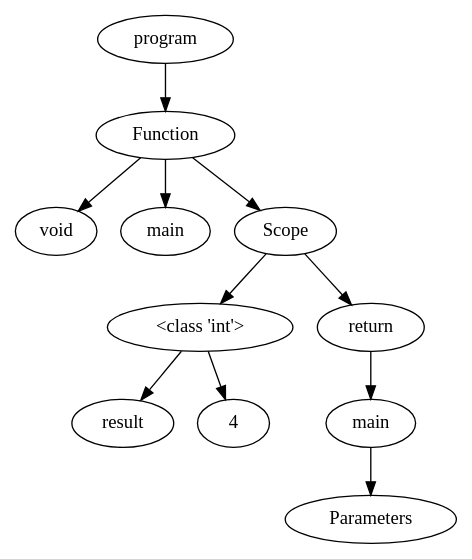
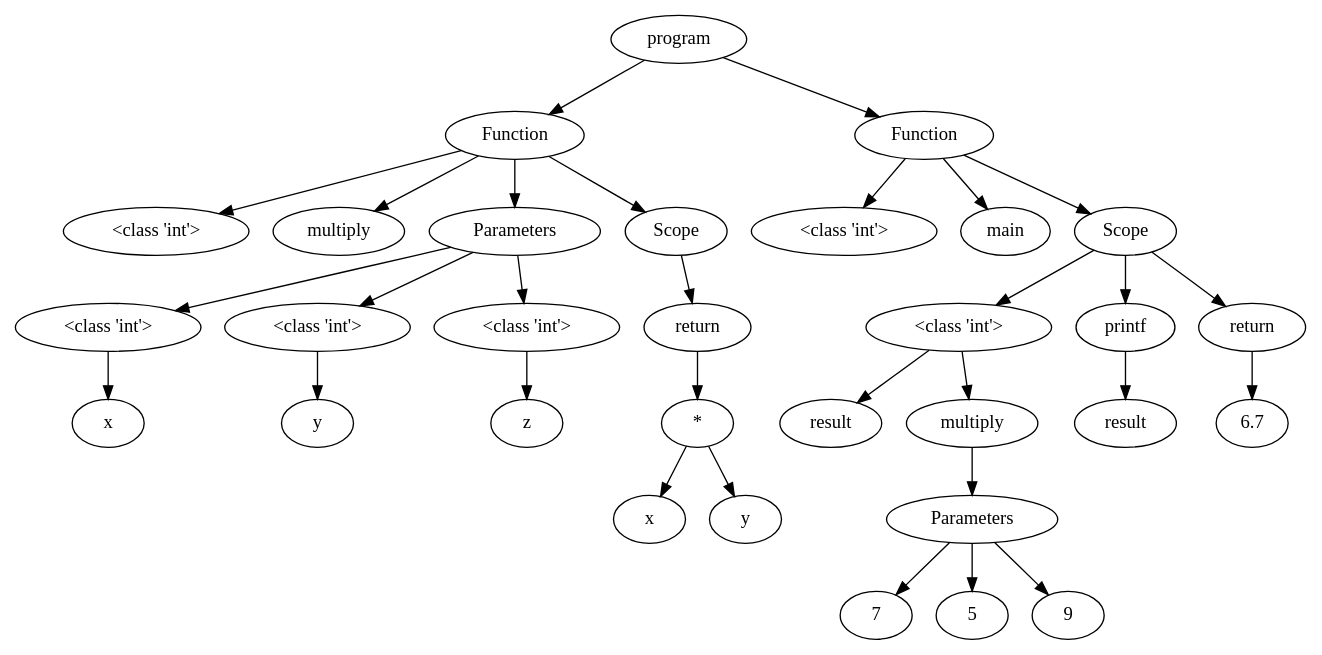
Before and after one commit to NielsVandenBroeck/COMP_Compiler: the diagram in OutputFiles/dotVisualization.dot, drawn with Graphviz. The commit also changed 6 other files, not shown here.

```diff
--- a/OutputFiles/dotVisualization.dot
+++ b/OutputFiles/dotVisualization.dot
@@ -1,28 +1,78 @@
 digraph G { 
-"<AST.AST object at 0x0000021E67882BB0> (0)"[label="program"]
-"<AST.ASTFunction object at 0x0000021E67882880> (1)"[label="Function"]
-"<AST.AST object at 0x0000021E67882BB0> (0)"->"<AST.ASTFunction object at 0x0000021E67882880> (1)"
-"<AST.ASTFunction object at 0x0000021E67882880> (1)"[label="Function"]
-"<AST.ASTVoid object at 0x0000021E67882430> (2)"[label="void"]
-"<AST.ASTFunction object at 0x0000021E67882880> (1)"->"<AST.ASTVoid object at 0x0000021E67882430> (2)"
-"<AST.ASTFunctionName object at 0x0000021E67882E20> (2)"[label="main"]
-"<AST.ASTFunction object at 0x0000021E67882880> (1)"->"<AST.ASTFunctionName object at 0x0000021E67882E20> (2)"
-"<AST.ASTScope object at 0x0000021E67882550> (2)"[label="Scope"]
-"<AST.ASTFunction object at 0x0000021E67882880> (1)"->"<AST.ASTScope object at 0x0000021E67882550> (2)"
-"<AST.ASTScope object at 0x0000021E67882550> (2)"[label="Scope"]
-"<AST.ASTDataType object at 0x0000021E67888640> (3)"[label="<class 'int'>"]
-"<AST.ASTScope object at 0x0000021E67882550> (2)"->"<AST.ASTDataType object at 0x0000021E67888640> (3)"
-"<AST.ASTDataType object at 0x0000021E67888640> (3)"[label="<class 'int'>"]
-"<AST.ASTVariable object at 0x0000021E678884C0> (4)"[label="result"]
-"<AST.ASTDataType object at 0x0000021E67888640> (3)"->"<AST.ASTVariable object at 0x0000021E678884C0> (4)"
-"<AST.AST object at 0x0000021E67888280> (4)"[label="4"]
-"<AST.ASTDataType object at 0x0000021E67888640> (3)"->"<AST.AST object at 0x0000021E67888280> (4)"
-"<AST.ASTReturn object at 0x0000021E67888BE0> (3)"[label="return"]
-"<AST.ASTScope object at 0x0000021E67882550> (2)"->"<AST.ASTReturn object at 0x0000021E67888BE0> (3)"
-"<AST.ASTReturn object at 0x0000021E67888BE0> (3)"[label="return"]
-"<AST.ASTFunction object at 0x0000021E67888C40> (4)"[label="main"]
-"<AST.ASTReturn object at 0x0000021E67888BE0> (3)"->"<AST.ASTFunction object at 0x0000021E67888C40> (4)"
-"<AST.ASTFunction object at 0x0000021E67888C40> (4)"[label="main"]
-"<AST.ASTParameters object at 0x0000021E67888970> (5)"[label="Parameters"]
-"<AST.ASTFunction object at 0x0000021E67888C40> (4)"->"<AST.ASTParameters object at 0x0000021E67888970> (5)"
+"<AST.AST object at 0x00000255CF3635B0> (0)"[label="program"]
+"<AST.ASTFunction object at 0x00000255CF3634F0> (1)"[label="Function"]
+"<AST.AST object at 0x00000255CF3635B0> (0)"->"<AST.ASTFunction object at 0x00000255CF3634F0> (1)"
+"<AST.ASTFunction object at 0x00000255CF3634F0> (1)"[label="Function"]
+"<AST.ASTDataType object at 0x00000255CF3634C0> (2)"[label="<class 'int'>"]
+"<AST.ASTFunction object at 0x00000255CF3634F0> (1)"->"<AST.ASTDataType object at 0x00000255CF3634C0> (2)"
+"<AST.ASTFunctionName object at 0x00000255CF363370> (2)"[label="multiply"]
+"<AST.ASTFunction object at 0x00000255CF3634F0> (1)"->"<AST.ASTFunctionName object at 0x00000255CF363370> (2)"
+"<AST.ASTParameters object at 0x00000255CF3633A0> (2)"[label="Parameters"]
+"<AST.ASTFunction object at 0x00000255CF3634F0> (1)"->"<AST.ASTParameters object at 0x00000255CF3633A0> (2)"
+"<AST.ASTParameters object at 0x00000255CF3633A0> (2)"[label="Parameters"]
+"<AST.ASTDataType object at 0x00000255CF363400> (3)"[label="<class 'int'>"]
+"<AST.ASTParameters object at 0x00000255CF3633A0> (2)"->"<AST.ASTDataType object at 0x00000255CF363400> (3)"
+"<AST.ASTDataType object at 0x00000255CF363400> (3)"[label="<class 'int'>"]
+"<AST.ASTVariable object at 0x00000255CF363070> (4)"[label="x"]
+"<AST.ASTDataType object at 0x00000255CF363400> (3)"->"<AST.ASTVariable object at 0x00000255CF363070> (4)"
+"<AST.ASTDataType object at 0x00000255CF363340> (3)"[label="<class 'int'>"]
+"<AST.ASTParameters object at 0x00000255CF3633A0> (2)"->"<AST.ASTDataType object at 0x00000255CF363340> (3)"
+"<AST.ASTDataType object at 0x00000255CF363340> (3)"[label="<class 'int'>"]
+"<AST.ASTVariable object at 0x00000255CF363490> (4)"[label="y"]
+"<AST.ASTDataType object at 0x00000255CF363340> (3)"->"<AST.ASTVariable object at 0x00000255CF363490> (4)"
+"<AST.ASTDataType object at 0x00000255CF3635E0> (3)"[label="<class 'int'>"]
+"<AST.ASTParameters object at 0x00000255CF3633A0> (2)"->"<AST.ASTDataType object at 0x00000255CF3635E0> (3)"
+"<AST.ASTDataType object at 0x00000255CF3635E0> (3)"[label="<class 'int'>"]
+"<AST.ASTVariable object at 0x00000255CF363130> (4)"[label="z"]
+"<AST.ASTDataType object at 0x00000255CF3635E0> (3)"->"<AST.ASTVariable object at 0x00000255CF363130> (4)"
+"<AST.ASTScope object at 0x00000255CF363160> (2)"[label="Scope"]
+"<AST.ASTFunction object at 0x00000255CF3634F0> (1)"->"<AST.ASTScope object at 0x00000255CF363160> (2)"
+"<AST.ASTScope object at 0x00000255CF363160> (2)"[label="Scope"]
+"<AST.ASTReturn object at 0x00000255CF363700> (3)"[label="return"]
+"<AST.ASTScope object at 0x00000255CF363160> (2)"->"<AST.ASTReturn object at 0x00000255CF363700> (3)"
+"<AST.ASTReturn object at 0x00000255CF363700> (3)"[label="return"]
+"<AST.ASTOperator object at 0x00000255CF3637F0> (4)"[label="*"]
+"<AST.ASTReturn object at 0x00000255CF363700> (3)"->"<AST.ASTOperator object at 0x00000255CF3637F0> (4)"
+"<AST.ASTOperator object at 0x00000255CF3637F0> (4)"[label="*"]
+"<AST.ASTVariable object at 0x00000255CF363730> (5)"[label="x"]
+"<AST.ASTOperator object at 0x00000255CF3637F0> (4)"->"<AST.ASTVariable object at 0x00000255CF363730> (5)"
+"<AST.ASTVariable object at 0x00000255CF3637C0> (5)"[label="y"]
+"<AST.ASTOperator object at 0x00000255CF3637F0> (4)"->"<AST.ASTVariable object at 0x00000255CF3637C0> (5)"
+"<AST.ASTFunction object at 0x00000255CF3636D0> (1)"[label="Function"]
+"<AST.AST object at 0x00000255CF3635B0> (0)"->"<AST.ASTFunction object at 0x00000255CF3636D0> (1)"
+"<AST.ASTFunction object at 0x00000255CF3636D0> (1)"[label="Function"]
+"<AST.ASTDataType object at 0x00000255CF3638B0> (2)"[label="<class 'int'>"]
+"<AST.ASTFunction object at 0x00000255CF3636D0> (1)"->"<AST.ASTDataType object at 0x00000255CF3638B0> (2)"
+"<AST.ASTFunctionName object at 0x00000255CF363940> (2)"[label="main"]
+"<AST.ASTFunction object at 0x00000255CF3636D0> (1)"->"<AST.ASTFunctionName object at 0x00000255CF363940> (2)"
+"<AST.ASTScope object at 0x00000255CF3639D0> (2)"[label="Scope"]
+"<AST.ASTFunction object at 0x00000255CF3636D0> (1)"->"<AST.ASTScope object at 0x00000255CF3639D0> (2)"
+"<AST.ASTScope object at 0x00000255CF3639D0> (2)"[label="Scope"]
+"<AST.ASTDataType object at 0x00000255CF363B20> (3)"[label="<class 'int'>"]
+"<AST.ASTScope object at 0x00000255CF3639D0> (2)"->"<AST.ASTDataType object at 0x00000255CF363B20> (3)"
+"<AST.ASTDataType object at 0x00000255CF363B20> (3)"[label="<class 'int'>"]
+"<AST.ASTVariable object at 0x00000255CF363A30> (4)"[label="result"]
+"<AST.ASTDataType object at 0x00000255CF363B20> (3)"->"<AST.ASTVariable object at 0x00000255CF363A30> (4)"
+"<AST.ASTFunctionName object at 0x00000255CF363AF0> (4)"[label="multiply"]
+"<AST.ASTDataType object at 0x00000255CF363B20> (3)"->"<AST.ASTFunctionName object at 0x00000255CF363AF0> (4)"
+"<AST.ASTFunctionName object at 0x00000255CF363AF0> (4)"[label="multiply"]
+"<AST.ASTParameters object at 0x00000255CF363BE0> (5)"[label="Parameters"]
+"<AST.ASTFunctionName object at 0x00000255CF363AF0> (4)"->"<AST.ASTParameters object at 0x00000255CF363BE0> (5)"
+"<AST.ASTParameters object at 0x00000255CF363BE0> (5)"[label="Parameters"]
+"<AST.AST object at 0x00000255CF363C40> (6)"[label="7"]
+"<AST.ASTParameters object at 0x00000255CF363BE0> (5)"->"<AST.AST object at 0x00000255CF363C40> (6)"
+"<AST.AST object at 0x00000255CF363D30> (6)"[label="5"]
+"<AST.ASTParameters object at 0x00000255CF363BE0> (5)"->"<AST.AST object at 0x00000255CF363D30> (6)"
+"<AST.AST object at 0x00000255CF363CD0> (6)"[label="9"]
+"<AST.ASTParameters object at 0x00000255CF363BE0> (5)"->"<AST.AST object at 0x00000255CF363CD0> (6)"
+"<AST.ASTPrintf object at 0x00000255CF363C10> (3)"[label="printf"]
+"<AST.ASTScope object at 0x00000255CF3639D0> (2)"->"<AST.ASTPrintf object at 0x00000255CF363C10> (3)"
+"<AST.ASTPrintf object at 0x00000255CF363C10> (3)"[label="printf"]
+"<AST.ASTVariable object at 0x00000255CF363DC0> (4)"[label="result"]
+"<AST.ASTPrintf object at 0x00000255CF363C10> (3)"->"<AST.ASTVariable object at 0x00000255CF363DC0> (4)"
+"<AST.ASTReturn object at 0x00000255CF363E20> (3)"[label="return"]
+"<AST.ASTScope object at 0x00000255CF3639D0> (2)"->"<AST.ASTReturn object at 0x00000255CF363E20> (3)"
+"<AST.ASTReturn object at 0x00000255CF363E20> (3)"[label="return"]
+"<AST.AST object at 0x00000255CF363E80> (4)"[label="6.7"]
+"<AST.ASTReturn object at 0x00000255CF363E20> (3)"->"<AST.AST object at 0x00000255CF363E80> (4)"
 }
```
